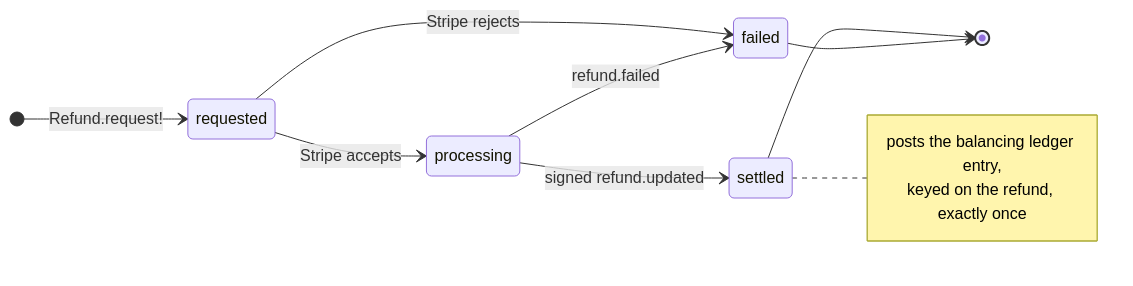
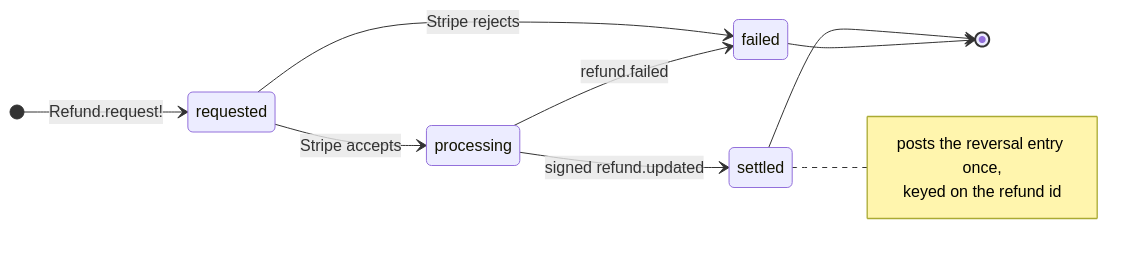
The first of 2 diagrams in README.md (MohammedAltounsi/rails-refunds-system), drawn with Mermaid before and after one commit. The commit also changed other lines of this file and 7 other files, not shown here.

````diff
--- a/README.md
+++ b/README.md
@@ -34,15 +38,15 @@
 ```mermaid
 stateDiagram-v2
     direction LR
     [*] --> requested: Refund.request!
     requested --> processing: Stripe accepts
     requested --> failed: Stripe rejects
     processing --> settled: signed refund.updated
     processing --> failed: refund.failed
     settled --> [*]
     failed --> [*]
     note right of settled
-        posts the balancing ledger entry,
-        keyed on the refund, exactly once
+        posts the reversal entry once,
+        keyed on the refund id
     end note
 ```
````
